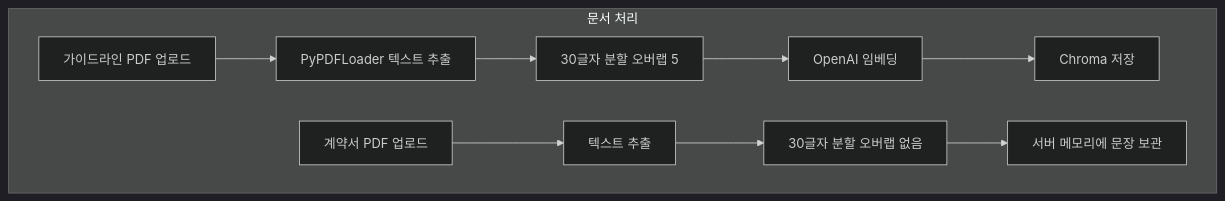
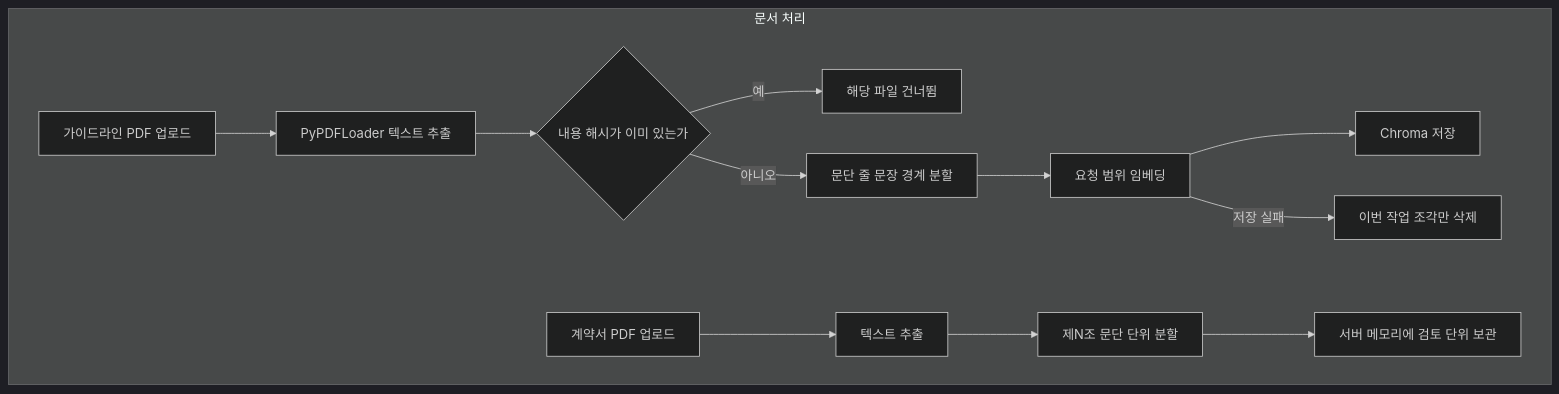
Before and after one commit to sngbae12/contract-review-rag: the first of 2 diagrams in README.md, drawn with Mermaid (dark theme). The commit also changed other lines of this file and 12 other files, not shown here.

````diff
--- a/README.md
+++ b/README.md
@@ -44,12 +46,15 @@
 ```mermaid
 flowchart TD
   subgraph docs [문서 처리]
     A[가이드라인 PDF 업로드] --> B[PyPDFLoader 텍스트 추출]
-    B --> C[30글자 분할 오버랩 5]
-    C --> D[OpenAI 임베딩]
-    D --> E[Chroma 저장]
-    F[계약서 PDF 업로드] --> G[텍스트 추출]
-    G --> H[30글자 분할 오버랩 없음]
-    H --> I[서버 메모리에 문장 보관]
+    B --> C{내용 해시가 이미 있는가}
+    C -->|예| D[해당 파일 건너뜀]
+    C -->|아니오| E[문단 줄 문장 경계 분할]
+    E --> F[요청 범위 임베딩]
+    F --> G[Chroma 저장]
+    F -->|저장 실패| H[이번 작업 조각만 삭제]
+    I[계약서 PDF 업로드] --> J[텍스트 추출]
+    J --> K[제N조 문단 단위 분할]
+    K --> L[서버 메모리에 검토 단위 보관]
   end
 ```
````
